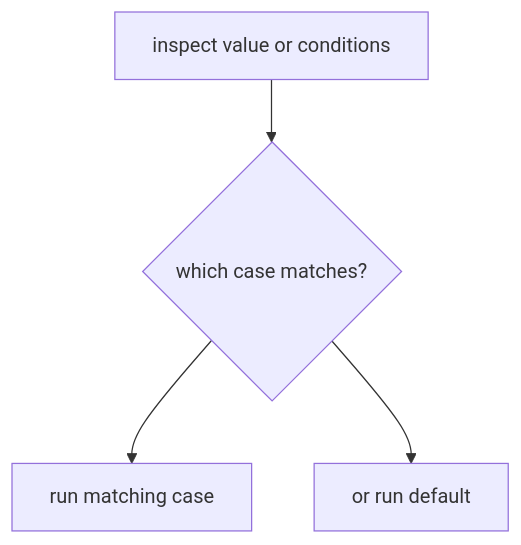
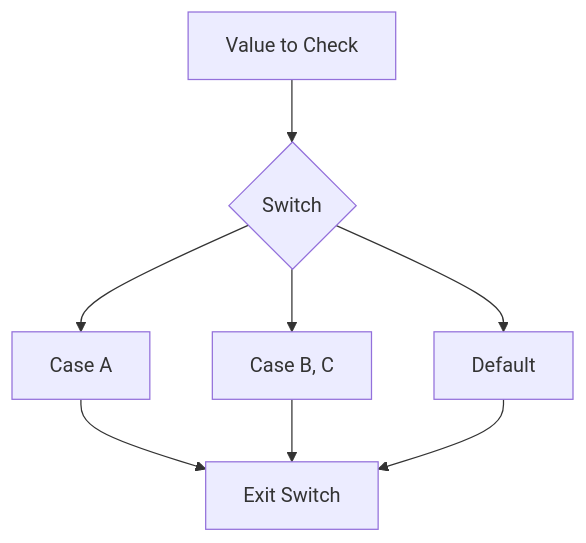
One commit to rasel9t6/the-go-engineer changed the diagram in 02-language-basics/03-control-flow/4-switch/README.md. Above: the diagram before and after it, drawn with Mermaid. The commit also changed other lines of this file and 36 other files, not shown here.

````diff
--- a/02-language-basics/03-control-flow/4-switch/README.md
+++ b/02-language-basics/03-control-flow/4-switch/README.md
@@ -25,6 +23,10 @@
 ```mermaid
 graph TD
-    A["inspect value or conditions"] --> B{"which case matches?"}
-    B --> C["run matching case"]
-    B --> D["or run default"]
+    A["Value to Check"] --> B{Switch}
+    B --> C["Case A"]
+    B --> D["Case B, C"]
+    B --> E["Default"]
+    C --> F["Exit Switch"]
+    D --> F
+    E --> F
 ```
````
